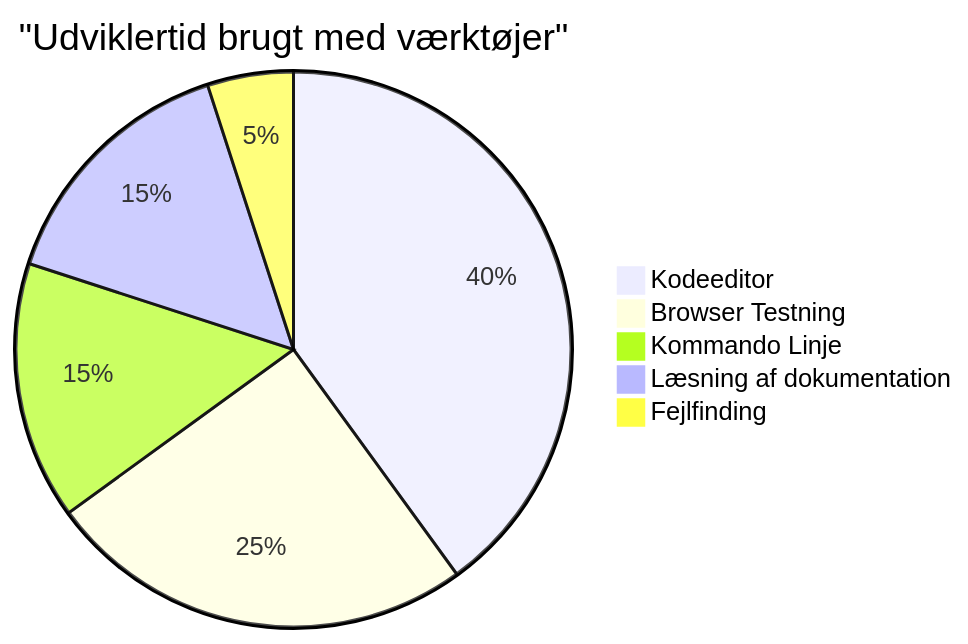
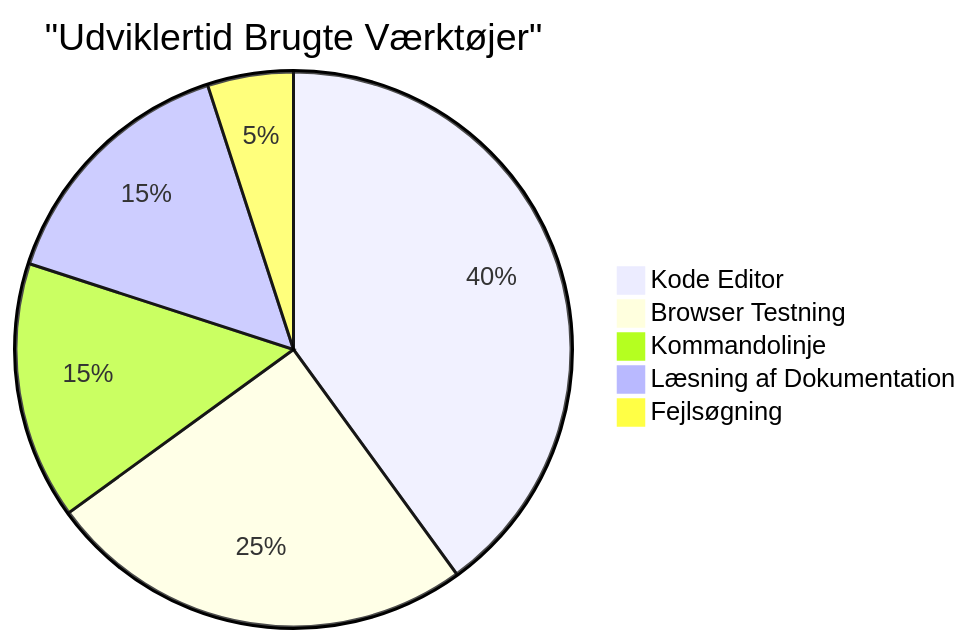
Before and after one commit to microsoft/Web-Dev-For-Beginners: the sixth of 7 diagrams in translations/da/1-getting-started-lessons/1-intro-to-programming-languages/README.md, drawn with Mermaid. The commit also changed other lines of this file and 8 other files, not shown here.

````diff
--- a/translations/da/1-getting-started-lessons/1-intro-to-programming-languages/README.md
+++ b/translations/da/1-getting-started-lessons/1-intro-to-programming-languages/README.md
@@ -713,8 +713,8 @@
 ```mermaid
-pie title "Udviklertid brugt med værktøjer"
-    "Kodeeditor" : 40
+pie title "Udviklertid Brugte Værktøjer"
+    "Kode Editor" : 40
     "Browser Testning" : 25
-    "Kommando Linje" : 15
-    "Læsning af dokumentation" : 15
-    "Fejlfinding" : 5
+    "Kommandolinje" : 15
+    "Læsning af Dokumentation" : 15
+    "Fejlsøgning" : 5
 ```
````
